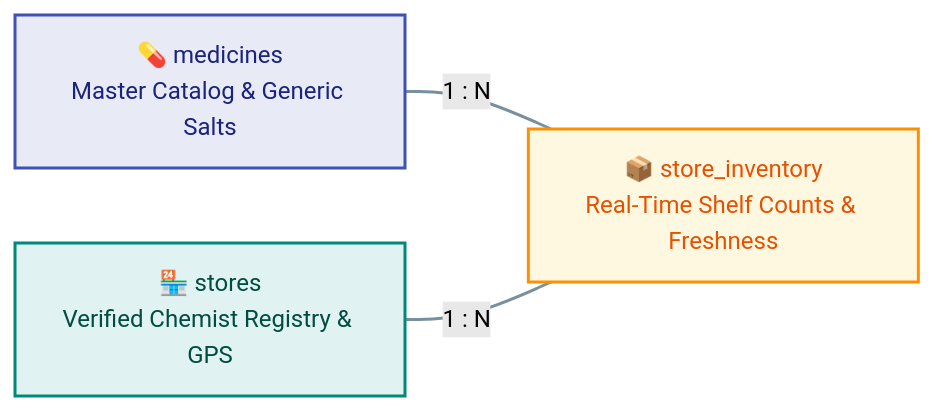
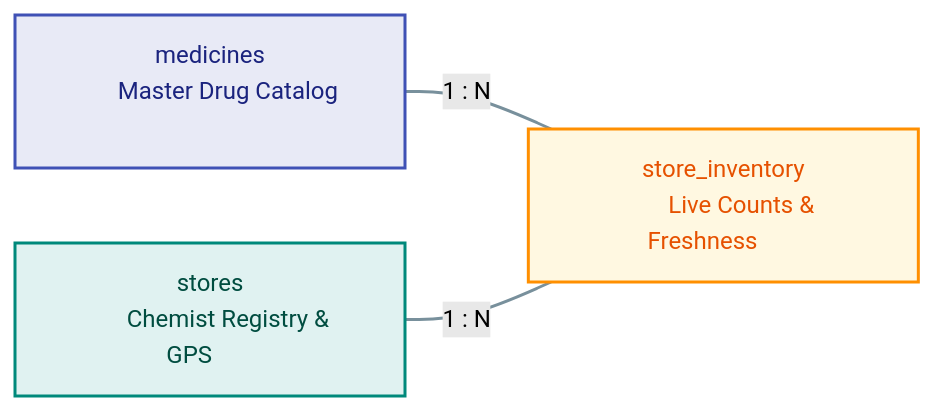
One commit to Parth-Chavan-15/MedSetu-TechSprint changed the fifth of 6 diagrams in README.md. Above: the diagram before and after it, drawn with Mermaid (forest theme). The commit also changed other lines of this file, not shown here.

Commit message:
docs: resolve Mermaid text clipping with non-breaking SVG padding, enhance emulator location tip with ADB CLI option

````diff
--- a/README.md
+++ b/README.md
@@ -308,15 +308,15 @@
 ```mermaid
 flowchart LR
-    MED["💊 medicines<br/>Master Catalog & Generic Salts"] ---|1 : N| INV["📦 store_inventory<br/>Real-Time Shelf Counts & Freshness"]
-    STORES["🏪 stores<br/>Verified Chemist Registry & GPS"] ---|1 : N| INV
+    MED["&nbsp;&nbsp;&nbsp;&nbsp;&nbsp;&nbsp; medicines &nbsp;&nbsp;&nbsp;&nbsp;&nbsp;&nbsp;<br/>&nbsp;&nbsp;&nbsp;&nbsp;&nbsp;&nbsp; Master Drug Catalog &nbsp;&nbsp;&nbsp;&nbsp;&nbsp;&nbsp;"] ---|1 : N| INV["&nbsp;&nbsp;&nbsp;&nbsp;&nbsp;&nbsp; store_inventory &nbsp;&nbsp;&nbsp;&nbsp;&nbsp;&nbsp;<br/>&nbsp;&nbsp;&nbsp;&nbsp;&nbsp;&nbsp; Live Counts & Freshness &nbsp;&nbsp;&nbsp;&nbsp;&nbsp;&nbsp;"]
+    STORES["&nbsp;&nbsp;&nbsp;&nbsp;&nbsp;&nbsp; stores &nbsp;&nbsp;&nbsp;&nbsp;&nbsp;&nbsp;<br/>&nbsp;&nbsp;&nbsp;&nbsp;&nbsp;&nbsp; Chemist Registry & GPS &nbsp;&nbsp;&nbsp;&nbsp;&nbsp;&nbsp;"] ---|1 : N| INV
 
     classDef master fill:#E8EAF6,stroke:#3F51B5,color:#1A237E,stroke-width:2px;
     classDef stores fill:#E0F2F1,stroke:#00897B,color:#004D40,stroke-width:2px;
     classDef inv fill:#FFF8E1,stroke:#FF8F00,color:#E65100,stroke-width:2px;
 
     class MED master;
     class STORES stores;
     class INV inv;
 
     linkStyle default stroke:#78909C,stroke-width:2px;
 ```
````
